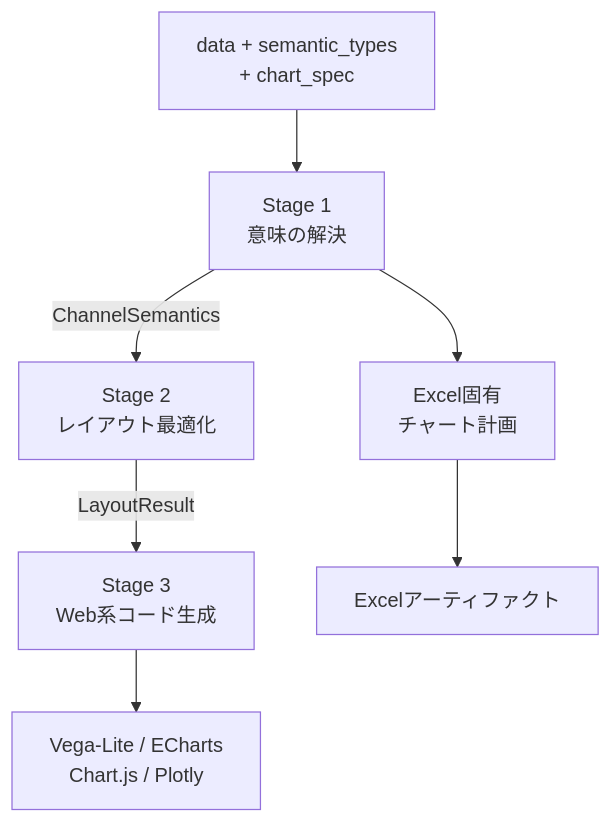
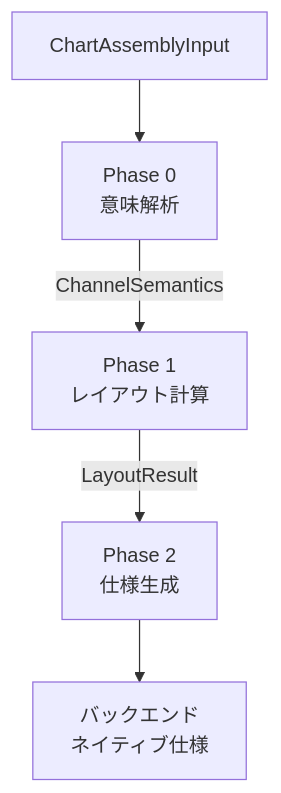
One commit to suwa-sh/zenn-contents changed the second of 2 diagrams in articles/flint-chart_20260811.md. Above: the diagram before and after it, drawn with Mermaid. The commit also changed other lines of this file and 2 other files, not shown here.

````diff
--- a/articles/flint-chart_20260811.md
+++ b/articles/flint-chart_20260811.md
@@ -63,16 +84,12 @@
 ```mermaid
 flowchart TD
-  Input["data + semantic_types<br/>+ chart_spec"]
-  Frontend["Stage 1<br/>意味の解決"]
-  Optimizer["Stage 2<br/>レイアウト最適化"]
-  Generator["Stage 3<br/>Web系コード生成"]
-  WebOutput["Vega-Lite / ECharts<br/>Chart.js / Plotly"]
-  ExcelPlanner["Excel固有<br/>チャート計画"]
-  ExcelOutput["Excelアーティファクト"]
-  Input --> Frontend
-  Frontend -->|ChannelSemantics| Optimizer
-  Optimizer -->|LayoutResult| Generator
-  Generator --> WebOutput
-  Frontend --> ExcelPlanner
-  ExcelPlanner --> ExcelOutput
+  Input["ChartAssemblyInput"]
+  Semantics["Phase 0<br/>意味解析"]
+  Layout["Phase 1<br/>レイアウト計算"]
+  Generator["Phase 2<br/>仕様生成"]
+  Native["バックエンド<br/>ネイティブ仕様"]
+  Input --> Semantics
+  Semantics -->|ChannelSemantics| Layout
+  Layout -->|LayoutResult| Generator
+  Generator --> Native
 ```
````
